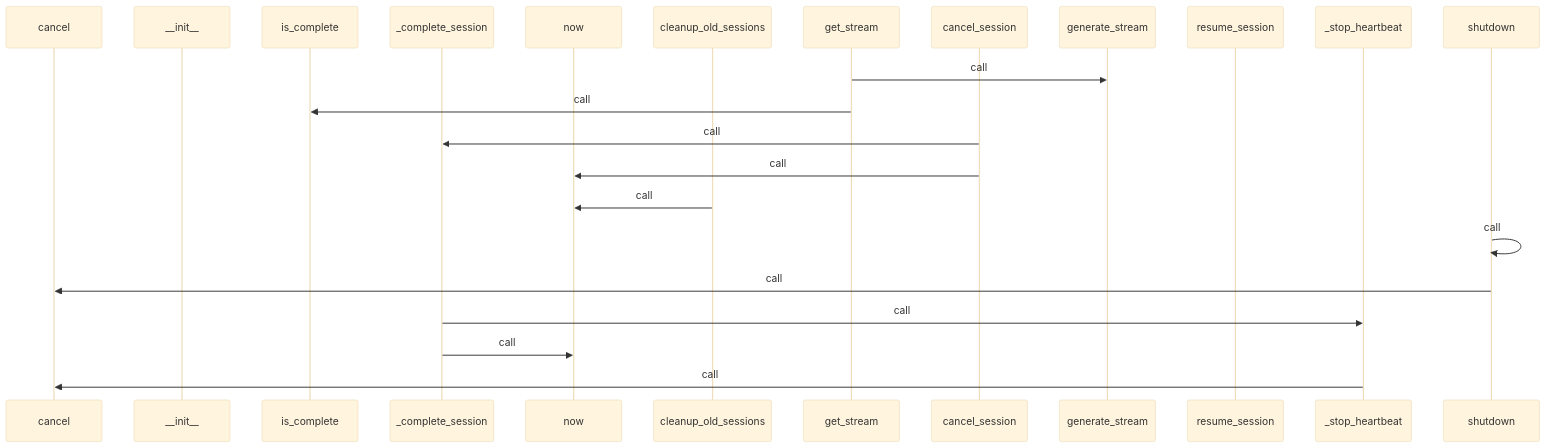
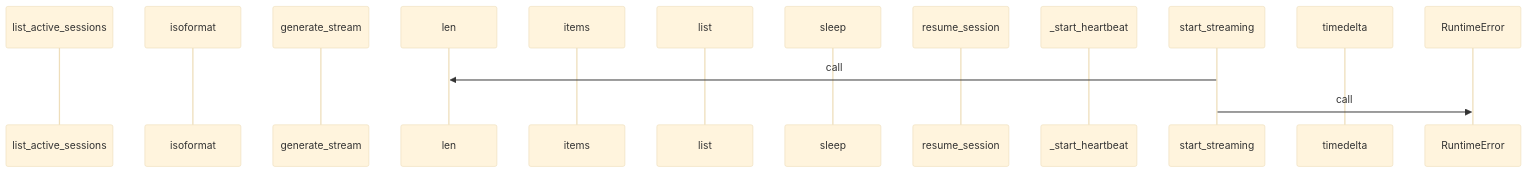
Before and after one commit to yeonjae-personal/codemuse-backend: the third of 4 diagrams in generated_docs/rule_analyzer/streaming/stream_manager.md, drawn with Mermaid (base theme). The commit also changed other lines of this file and 3991 other files, not shown here.

First line of the commit message:
feat: 워크플로우 개선 및 핵심 문서 자동 생성 구현

````diff
--- a/generated_docs/rule_analyzer/streaming/stream_manager.md
+++ b/generated_docs/rule_analyzer/streaming/stream_manager.md
@@ -246,25 +246,17 @@
 ```mermaid
 sequenceDiagram
-  participant cancel as cancel
-  participant __init__ as __init__
-  participant is_complete as is_complete
-  participant _complete_session as _complete_session
-  participant now as now
-  participant cleanup_old_sessions as cleanup_old_sessions
-  participant get_stream as get_stream
-  participant cancel_session as cancel_session
+  participant list_active_sessions as list_active_sessions
+  participant isoformat as isoformat
   participant generate_stream as generate_stream
+  participant len as len
+  participant items as items
+  participant list as list
+  participant sleep as sleep
   participant resume_session as resume_session
-  participant _stop_heartbeat as _stop_heartbeat
-  participant shutdown as shutdown
-  get_stream->>generate_stream: call
-  get_stream->>is_complete: call
-  cancel_session->>_complete_session: call
-  cancel_session->>now: call
-  cleanup_old_sessions->>now: call
-  shutdown->>shutdown: call
-  shutdown->>cancel: call
-  _complete_session->>_stop_heartbeat: call
-  _complete_session->>now: call
-  _stop_heartbeat->>cancel: call
+  participant _start_heartbeat as _start_heartbeat
+  participant start_streaming as start_streaming
+  participant timedelta as timedelta
+  participant RuntimeError as RuntimeError
+  start_streaming->>len: call
+  start_streaming->>RuntimeError: call
 ```
````
